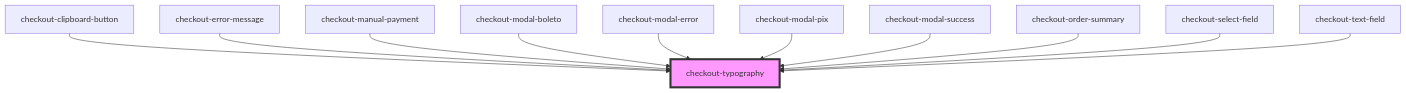
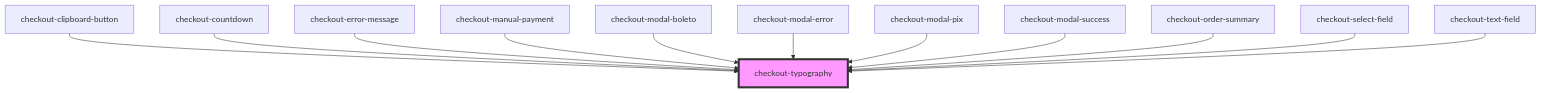
One commit to plughacker/malga-checkout changed the diagram in packages/common/src/components/checkout-typography/readme.md. Above: the diagram before and after it, drawn with Mermaid. The commit also changed other lines of this file and 3 other files, not shown here.

````diff
--- a/packages/common/src/components/checkout-typography/readme.md
+++ b/packages/common/src/components/checkout-typography/readme.md
@@ -34,14 +36,15 @@
 ```mermaid
 graph TD;
   checkout-clipboard-button --> checkout-typography
+  checkout-countdown --> checkout-typography
   checkout-error-message --> checkout-typography
   checkout-manual-payment --> checkout-typography
   checkout-modal-boleto --> checkout-typography
   checkout-modal-error --> checkout-typography
   checkout-modal-pix --> checkout-typography
   checkout-modal-success --> checkout-typography
   checkout-order-summary --> checkout-typography
   checkout-select-field --> checkout-typography
   checkout-text-field --> checkout-typography
   style checkout-typography fill:#f9f,stroke:#333,stroke-width:4px
 ```
````
